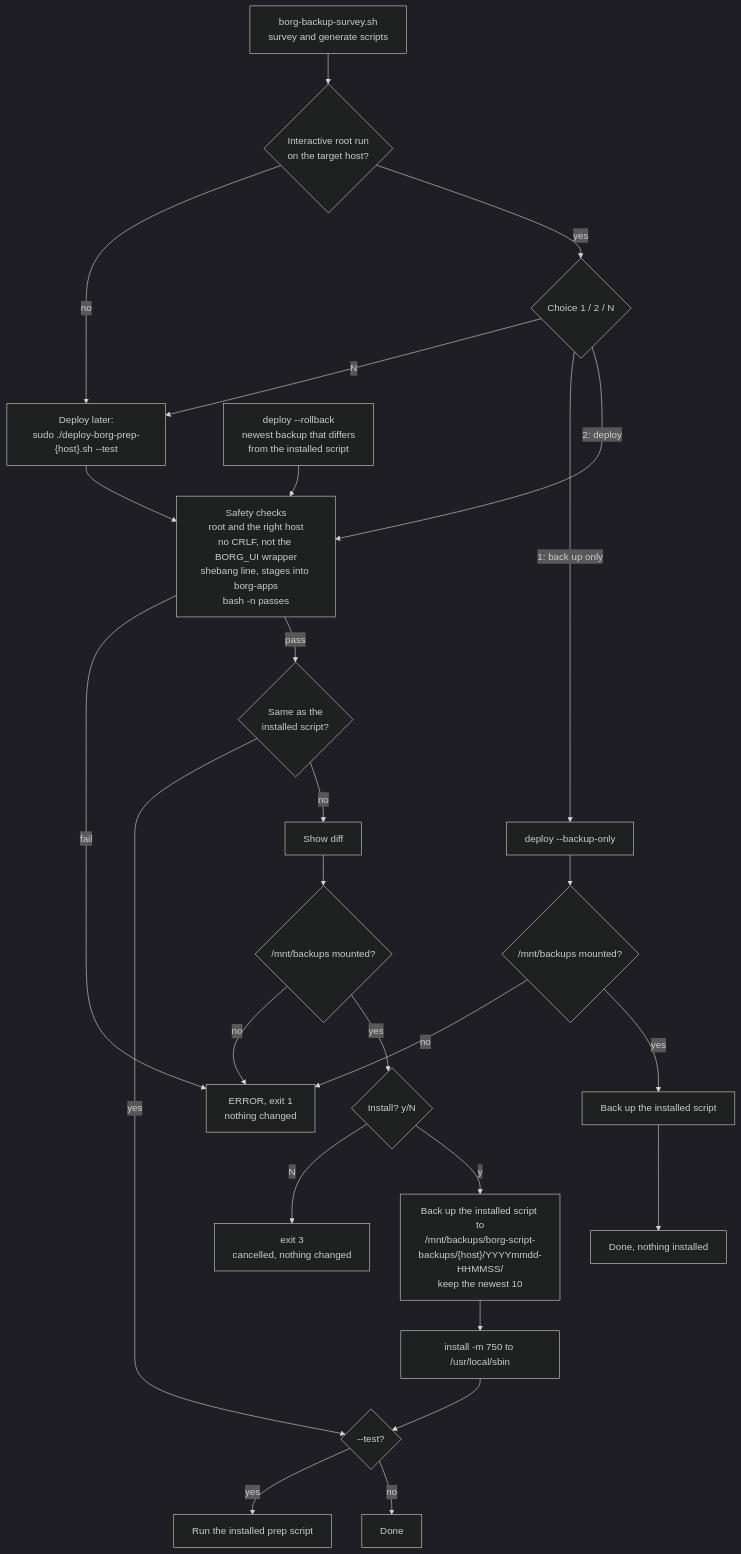
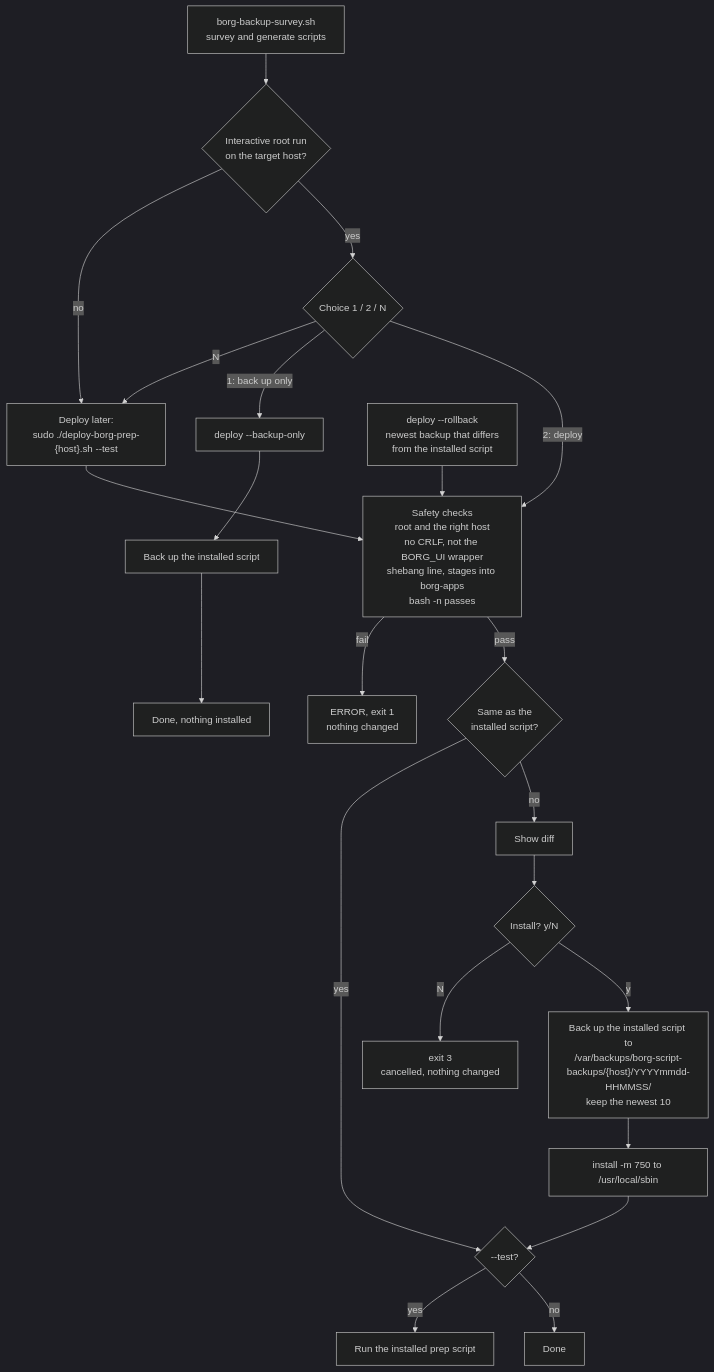
Before and after one commit to BladerunnerxRC/Docker: the third of 4 diagrams in borg-backup/README.md, drawn with Mermaid (dark theme). The commit also changed other lines of this file and 9 other files, not shown here.

First line of the commit message:
borg-backup: 3.0.0 - local script backups, Checkmk omd backup, ~/scripts/borgbackup

````diff
--- a/borg-backup/README.md
+++ b/borg-backup/README.md
@@ -86,28 +86,24 @@
 ```mermaid
 flowchart TD
     SV["borg-backup-survey.sh<br/>survey and generate scripts"] --> Q{"Interactive root run<br/>on the target host?"}
     Q -- no --> LATER["Deploy later:<br/>sudo ./deploy-borg-prep-{host}.sh --test"]
     Q -- yes --> CH{"Choice 1 / 2 / N"}
     CH -- N --> LATER
     CH -- "1: back up only" --> BO["deploy --backup-only"]
     CH -- "2: deploy" --> CHK
     LATER --> CHK
     RB["deploy --rollback<br/>newest backup that differs<br/>from the installed script"] --> CHK
 
-    BO --> MB1{"/mnt/backups mounted?"}
-    MB1 -- no --> FAIL["ERROR, exit 1<br/>nothing changed"]
-    MB1 -- yes --> BK1["Back up the installed script"] --> DONE1["Done, nothing installed"]
+    BO --> BK1["Back up the installed script"] --> DONE1["Done, nothing installed"]
 
     CHK["Safety checks<br/>root and the right host<br/>no CRLF, not the BORG_UI wrapper<br/>shebang line, stages into borg-apps<br/>bash -n passes"]
-    CHK -- fail --> FAIL
+    CHK -- fail --> FAIL["ERROR, exit 1<br/>nothing changed"]
     CHK -- pass --> SAME{"Same as the<br/>installed script?"}
     SAME -- yes --> TEST
-    SAME -- no --> DIFF["Show diff"] --> MB2{"/mnt/backups mounted?"}
-    MB2 -- no --> FAIL
-    MB2 -- yes --> ASK{"Install? y/N"}
+    SAME -- no --> DIFF["Show diff"] --> ASK{"Install? y/N"}
     ASK -- N --> CANCEL["exit 3<br/>cancelled, nothing changed"]
-    ASK -- y --> BK2["Back up the installed script to<br/>/mnt/backups/borg-script-backups/{host}/YYYYmmdd-HHMMSS/<br/>keep the newest 10"]
+    ASK -- y --> BK2["Back up the installed script to<br/>/var/backups/borg-script-backups/{host}/YYYYmmdd-HHMMSS/<br/>keep the newest 10"]
     BK2 --> INST["install -m 750 to /usr/local/sbin"] --> TEST{"--test?"}
     TEST -- yes --> RUN["Run the installed prep script"]
     TEST -- no --> DONE2["Done"]
 ```
````
